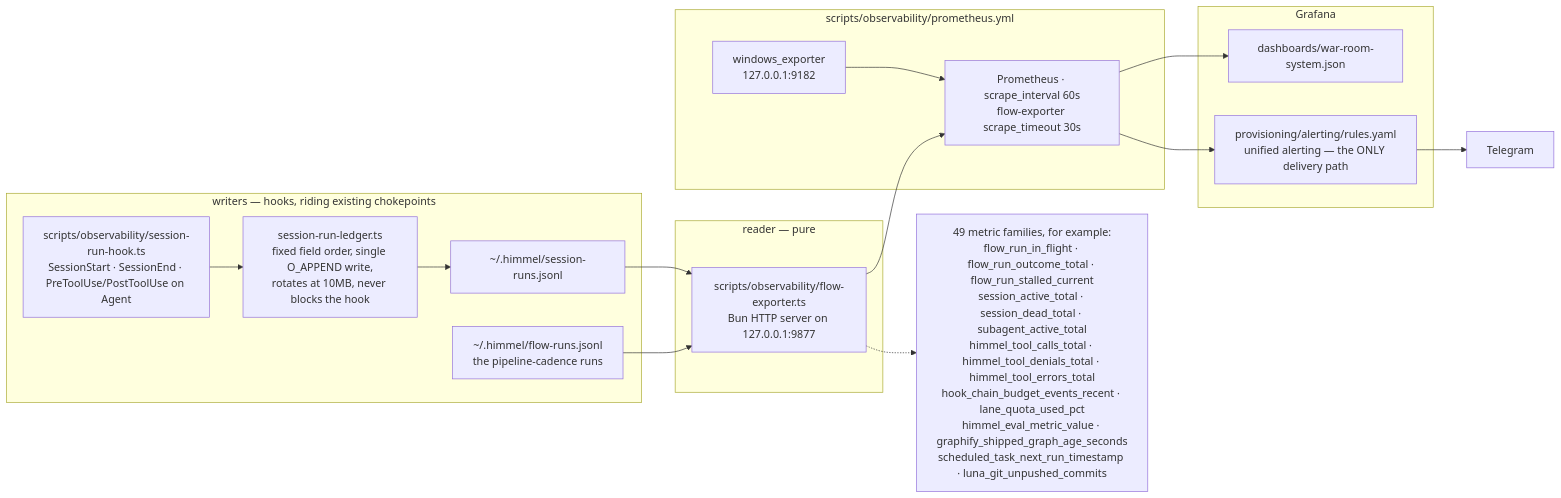
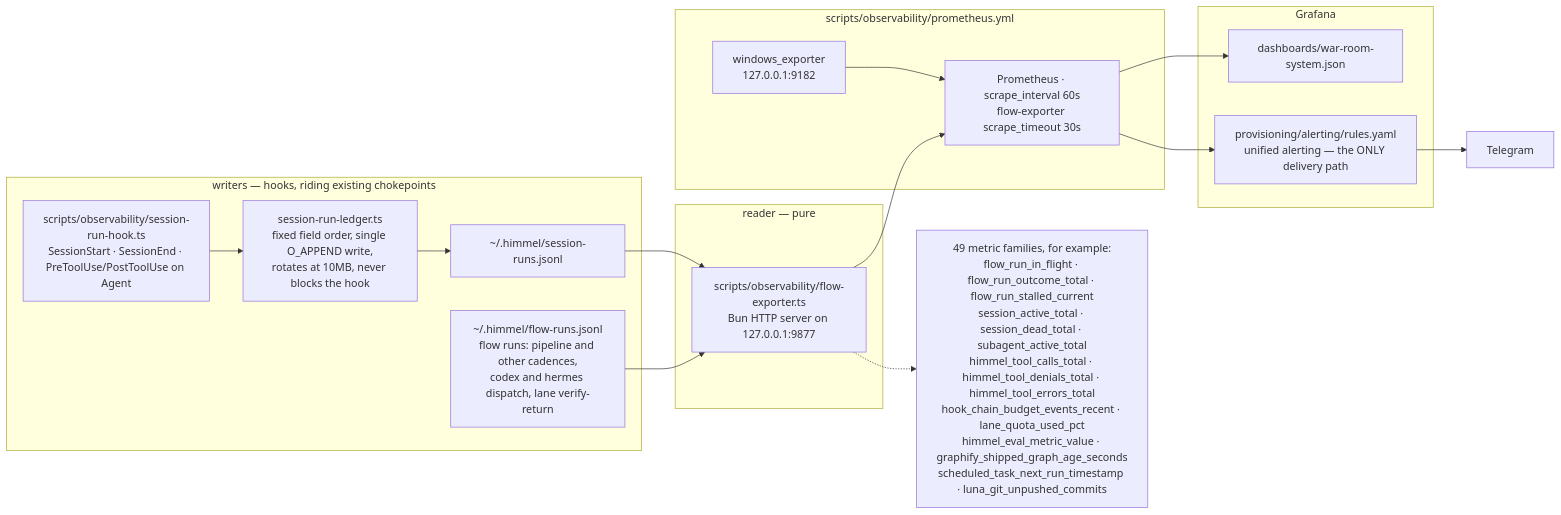
Before and after one commit to yotamleo-org/Himmel: the fifth of 5 diagrams in docs/architecture.md, drawn with Mermaid. The commit also changed other lines of this file, not shown here.

First line of the commit message:
docs(site): [HIMMEL-6284] architecture names the GO file path and the backend gate's method maps

````diff
--- a/docs/architecture.md
+++ b/docs/architecture.md
@@ -266,34 +268,34 @@
 ```mermaid
 flowchart LR
     subgraph WRITE["writers — hooks, riding existing chokepoints"]
         HK["scripts/observability/session-run-hook.ts<br/>SessionStart · SessionEnd · PreToolUse/PostToolUse on Agent"]
         SL["session-run-ledger.ts<br/>fixed field order, single O_APPEND write,<br/>rotates at 10MB, never blocks the hook"]
         LED["~/.himmel/session-runs.jsonl"]
-        FLOW["~/.himmel/flow-runs.jsonl<br/>the pipeline-cadence runs"]
+        FLOW["~/.himmel/flow-runs.jsonl<br/>flow runs: pipeline and other cadences,<br/>codex and hermes dispatch, lane verify-return"]
         HK --> SL --> LED
     end
 
     subgraph READ["reader — pure"]
         EXP["scripts/observability/flow-exporter.ts<br/>Bun HTTP server on 127.0.0.1:9877"]
         LED --> EXP
         FLOW --> EXP
     end
 
     subgraph SCRAPE["scripts/observability/prometheus.yml"]
         PROM["Prometheus · scrape_interval 60s<br/>flow-exporter scrape_timeout 30s"]
         WEXP["windows_exporter<br/>127.0.0.1:9182"]
         EXP --> PROM
         WEXP --> PROM
     end
 
     subgraph VIEW["Grafana"]
         DASH["dashboards/war-room-system.json"]
         ALERT["provisioning/alerting/rules.yaml<br/>unified alerting — the ONLY delivery path"]
         PROM --> DASH
         PROM --> ALERT
     end
 
     ALERT --> TG["Telegram"]
 
     EXP -.-> M["49 metric families, for example:<br/>flow_run_in_flight · flow_run_outcome_total · flow_run_stalled_current<br/>session_active_total · session_dead_total · subagent_active_total<br/>himmel_tool_calls_total · himmel_tool_denials_total · himmel_tool_errors_total<br/>hook_chain_budget_events_recent · lane_quota_used_pct<br/>himmel_eval_metric_value · graphify_shipped_graph_age_seconds<br/>scheduled_task_next_run_timestamp · luna_git_unpushed_commits"]
 ```
````
